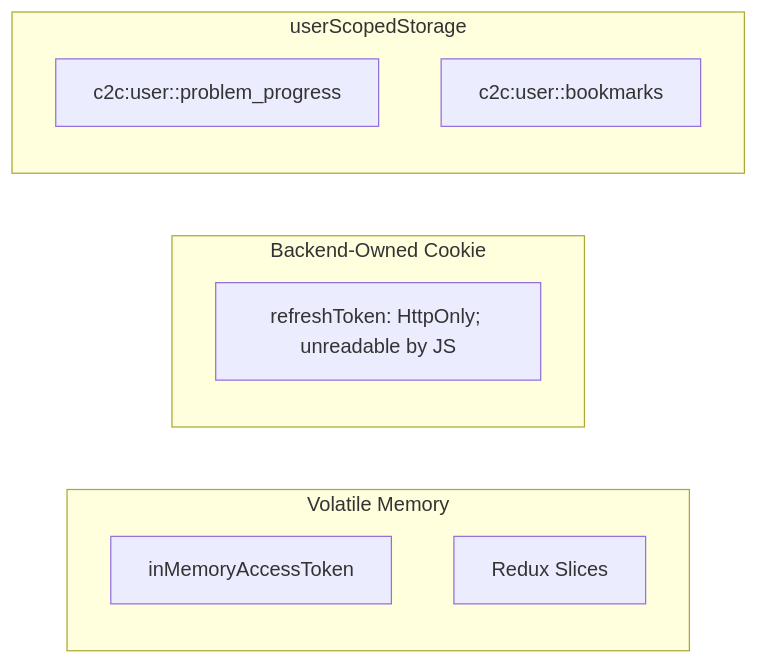
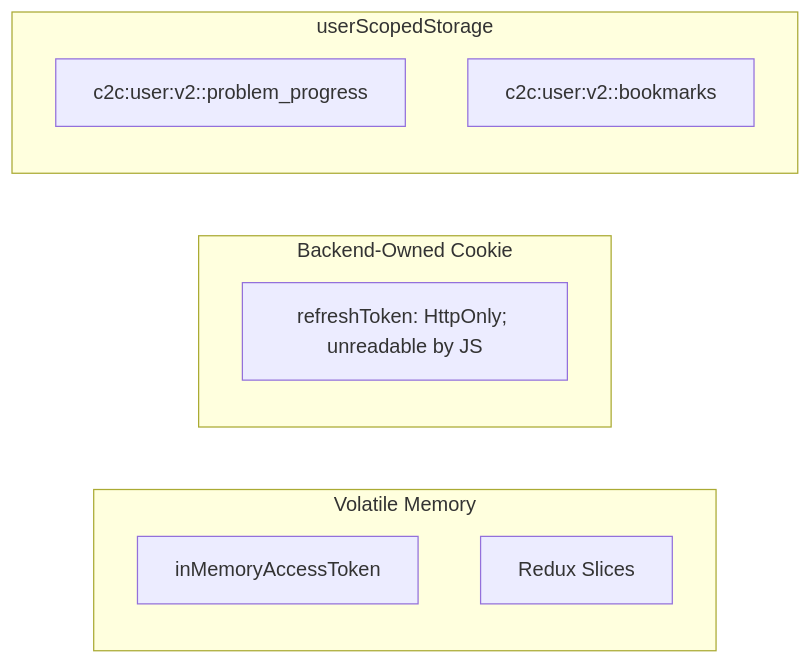
Before and after one commit to Jagadeesh913/Connect2Coode: the second of 2 diagrams in docs/project/06_state_management_and_data_flow.md, drawn with Mermaid. The commit also changed other lines of this file and 57 other files, not shown here.

````diff
--- a/docs/project/06_state_management_and_data_flow.md
+++ b/docs/project/06_state_management_and_data_flow.md
@@ -124,16 +124,16 @@
 ```mermaid
 graph LR
     subgraph In-Memory [Volatile Memory]
         TokenMem[inMemoryAccessToken]
         ReduxMem[Redux Slices]
     end
 
     subgraph BackendCookie [Backend-Owned Cookie]
         CookieRefresh[refreshToken: HttpOnly; unreadable by JS]
     end
 
     subgraph ScopedStorage [userScopedStorage]
-        ScopedKey["c2c:user:<hash>:problem_progress"]
-        BookmarksLocal["c2c:user:<hash>:bookmarks"]
+        ScopedKey["c2c:user:v2:<encoded-identity>:problem_progress"]
+        BookmarksLocal["c2c:user:v2:<encoded-identity>:bookmarks"]
     end
 ```
````
